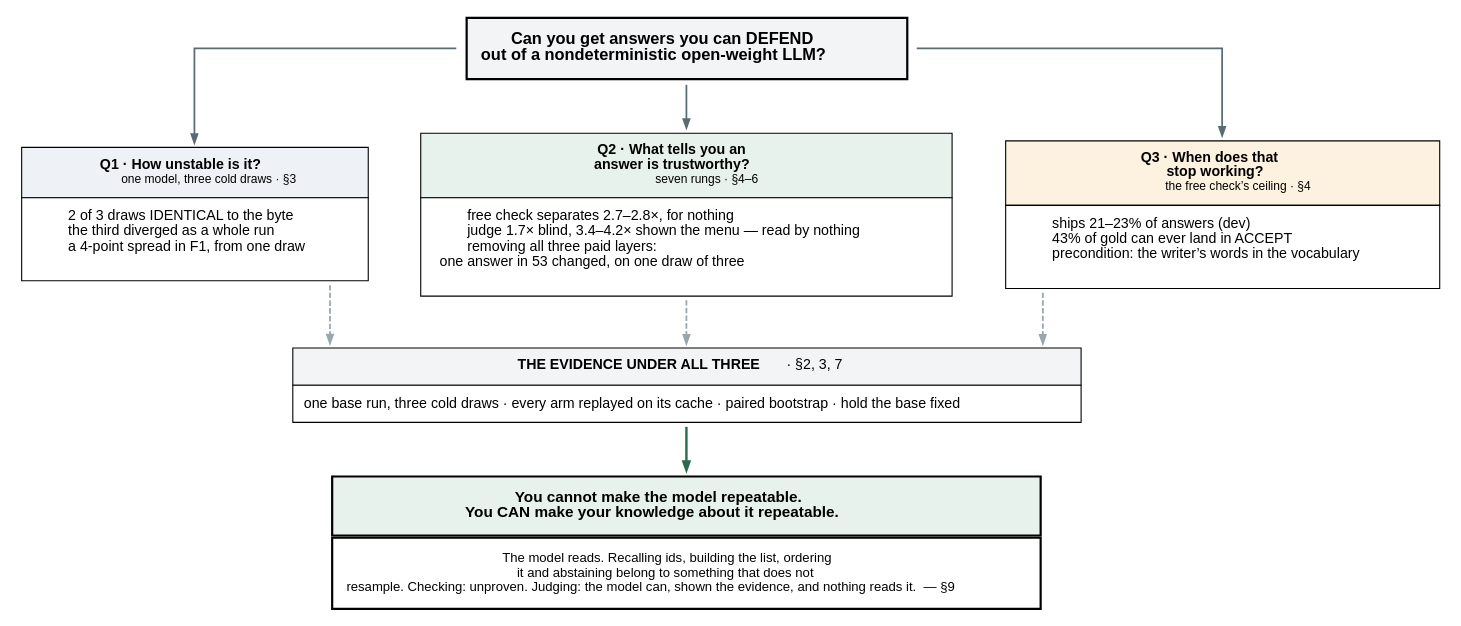
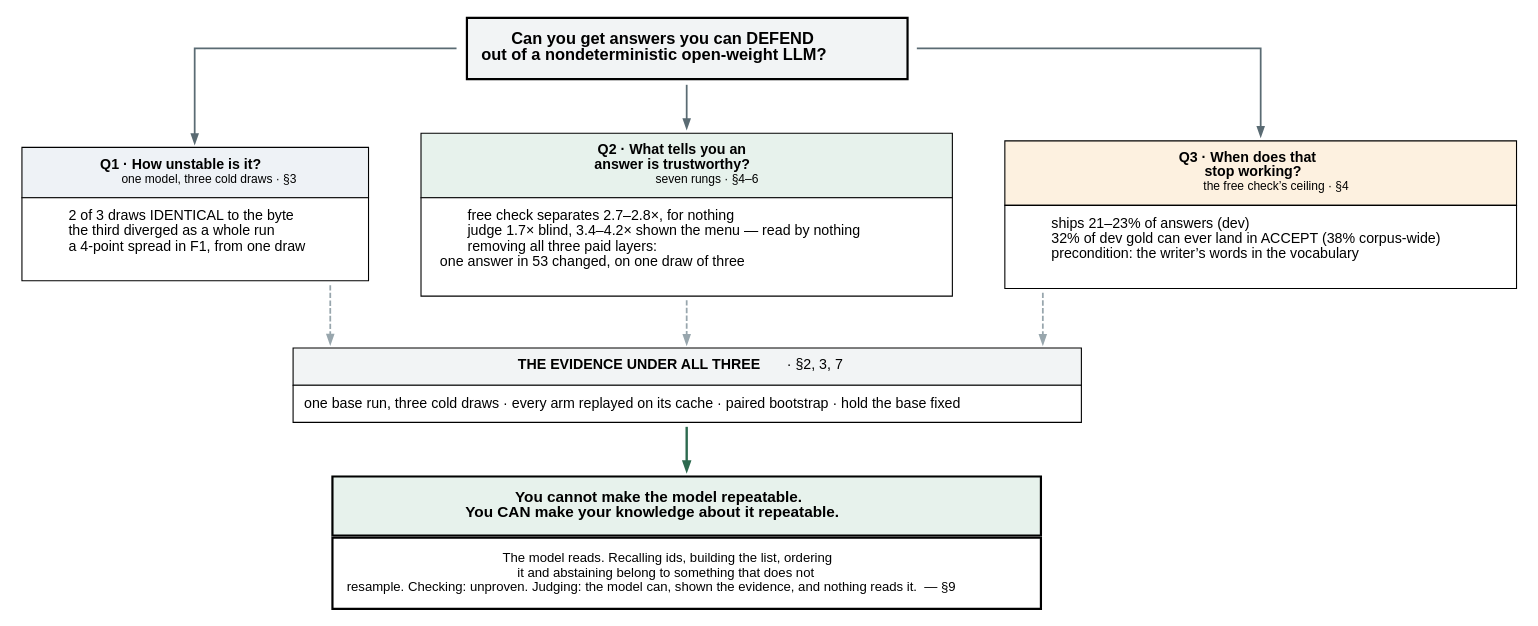
The diagram in docs/figures/fig6-spine-cadec.dot (wbagais/reliability-ladder), drawn with Graphviz before and after one commit. The commit also changed 6 other files, not shown here.

Commit message:
CADEC article: the gold replay re-run on the base run's configuration and denominator — the free check's ceiling is 32% of dev gold (38% corpus-wide), not 43%; contained buys 14 points, not 11; analysis.gold_lane_occupancy TDD'd and written into the re-run report

```diff
--- a/docs/figures/fig6-spine-cadec.dot
+++ b/docs/figures/fig6-spine-cadec.dot
@@ -1,61 +1,61 @@
 // The article's spine: one question, three sub-questions, one answer each.
 // SECTION POINTERS WERE RE-CHECKED 2026-09-03 after the restructure that merged
 // four sections and renumbered the rest. If sections move again, they move here
 // too — this is the article's navigation aid and a stale pointer sends a reader
 // to the wrong evidence.
 // Colour carries the verdict, not the topic: green = the thing that worked,
 // red = the thing that did not, amber = the boundary condition.
 digraph spine {
   rankdir=TB; bgcolor="white"; splines=ortho;
   node [shape=none fontname="Helvetica" fontsize=13];
   graph [nodesep=0.45 ranksep=0.55];
 
   q [label=<<TABLE BORDER="0" CELLBORDER="2" CELLSPACING="0" CELLPADDING="12">
       <TR><TD BGCOLOR="#f2f4f5"><B><FONT POINT-SIZE="15">Can you get answers you can DEFEND<BR/>out of a nondeterministic open-weight LLM?</FONT></B></TD></TR>
       </TABLE>>];
 
   q1 [label=<<TABLE BORDER="0" CELLBORDER="1" CELLSPACING="0" CELLPADDING="9">
       <TR><TD BGCOLOR="#eef2f6"><B>Q1 &#183; How unstable is it?</B><BR/>
           <FONT POINT-SIZE="11">one model, three cold draws &#183; &#167;3</FONT></TD></TR>
       <TR><TD BGCOLOR="#ffffff" ALIGN="LEFT">
           2 of 3 draws IDENTICAL to the byte<BR ALIGN="LEFT"/>
           the third diverged as a whole run<BR ALIGN="LEFT"/>
           a 4&#8209;point spread in F1, from one draw<BR ALIGN="LEFT"/>
           </TD></TR></TABLE>>];
 
   q2 [label=<<TABLE BORDER="0" CELLBORDER="1" CELLSPACING="0" CELLPADDING="9">
       <TR><TD BGCOLOR="#e7f2ec"><B>Q2 &#183; What tells you an<BR/>answer is trustworthy?</B><BR/>
           <FONT POINT-SIZE="11">seven rungs &#183; &#167;4&#8211;6</FONT></TD></TR>
       <TR><TD BGCOLOR="#ffffff" ALIGN="LEFT">
           free check separates 2.7&#8211;2.8&#215;, for nothing<BR ALIGN="LEFT"/>
           judge 1.7&#215; blind, 3.4&#8211;4.2&#215; shown the menu &#8212; read by nothing<BR ALIGN="LEFT"/>
           removing all three paid layers:<BR ALIGN="LEFT"/>&#160;&#160;one answer in 53 changed, on one draw of three<BR ALIGN="LEFT"/>
           </TD></TR></TABLE>>];
 
   q3 [label=<<TABLE BORDER="0" CELLBORDER="1" CELLSPACING="0" CELLPADDING="9">
       <TR><TD BGCOLOR="#fdf1e0"><B>Q3 &#183; When does that<BR/>stop working?</B><BR/>
           <FONT POINT-SIZE="11">the free check&#8217;s ceiling &#183; &#167;4</FONT></TD></TR>
       <TR><TD BGCOLOR="#ffffff" ALIGN="LEFT">
           ships 21&#8211;23% of answers (dev)<BR ALIGN="LEFT"/>
-          43% of gold can ever land in ACCEPT<BR ALIGN="LEFT"/>
+          32% of dev gold can ever land in ACCEPT (38% corpus-wide)<BR ALIGN="LEFT"/>
           precondition: the writer&#8217;s words in the vocabulary<BR ALIGN="LEFT"/>
           </TD></TR></TABLE>>];
 
   ev [label=<<TABLE BORDER="0" CELLBORDER="1" CELLSPACING="0" CELLPADDING="9">
       <TR><TD BGCOLOR="#f2f4f5"><B>THE EVIDENCE UNDER ALL THREE</B> &#183; &#167;2, 3, 7</TD></TR>
       <TR><TD BGCOLOR="#ffffff">one base run, three cold draws &#183; every arm replayed on its cache &#183; paired bootstrap &#183; hold the base fixed</TD></TR></TABLE>>];
 
   out [label=<<TABLE BORDER="0" CELLBORDER="2" CELLSPACING="0" CELLPADDING="12">
       <TR><TD BGCOLOR="#e7f2ec"><B><FONT POINT-SIZE="14">You cannot make the model repeatable.<BR/>You CAN make your knowledge about it repeatable.</FONT></B></TD></TR>
       <TR><TD BGCOLOR="#ffffff"><FONT POINT-SIZE="12">The model reads. Recalling ids, building the list, ordering<BR/>it and abstaining belong to something that does not<BR/>resample. Checking: unproven. Judging: the model can, shown the evidence, and nothing reads it. &#160;&#8212;&#160;&#167;9</FONT></TD></TR>
       </TABLE>>];
 
   edge [color="#5a6b73" penwidth=1.6 arrowsize=0.8];
   q -> q1; q -> q2; q -> q3;
   q1 -> ev [style=dashed color="#98a6ad"];
   q2 -> ev [style=dashed color="#98a6ad"];
   q3 -> ev [style=dashed color="#98a6ad"];
   ev -> out [penwidth=2.2 color="#2d6a4f"];
 
   {rank=same; q1; q2; q3;}
 }
```
